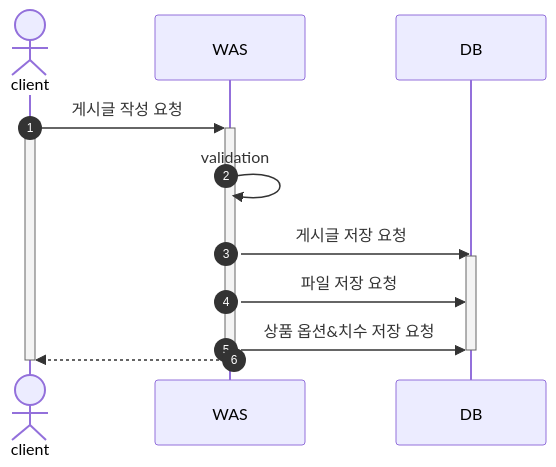
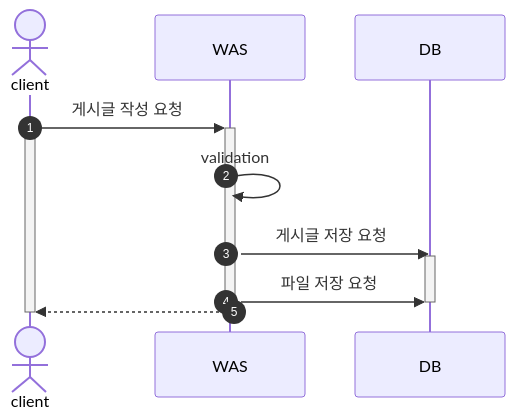
One commit to JadeKim042386/My3D changed the fourth of 7 diagrams in README.md. Above: the diagram before and after it, drawn with Mermaid. The commit also changed other lines of this file, not shown here.

Commit message:
doc: update README.md - Flow Chart 수정

````diff
--- a/README.md
+++ b/README.md
@@ -133,15 +132,14 @@
 ```mermaid
 sequenceDiagram
     autonumber
     actor client
     client ->>+ WAS: 게시글 작성 요청
     activate client
     WAS ->> WAS: validation
     WAS ->> DB: 게시글 저장 요청
     activate DB
     WAS ->> DB: 파일 저장 요청
-    WAS ->> DB: 상품 옵션&치수 저장 요청
     deactivate DB
     WAS -->>- client: 
     deactivate client
 ```
````
